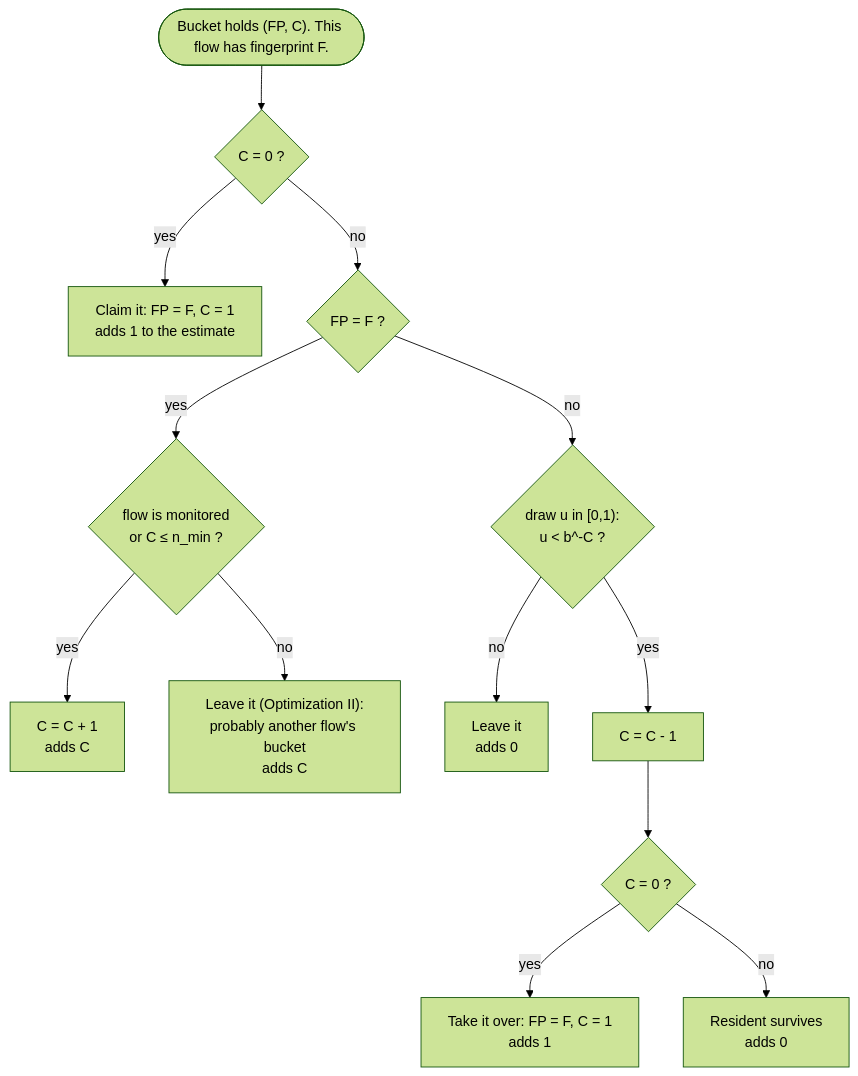
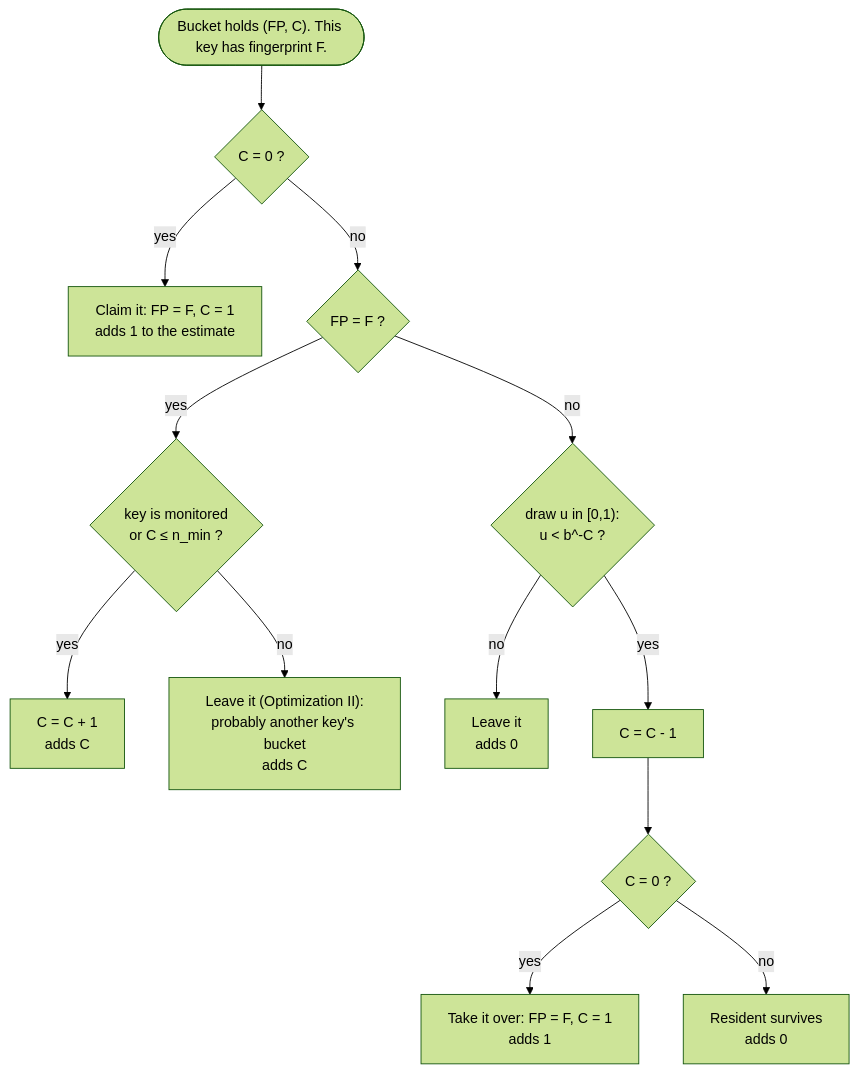
One commit to light-bringer/topk changed the fourth of 9 diagrams in docs/algorithm.md. Above: the diagram before and after it, drawn with Mermaid (forest theme). The commit also changed other lines of this file and 1 other file, not shown here.

First line of the commit message:
docs: draw every diagram in the guide in Mermaid

````diff
--- a/docs/algorithm.md
+++ b/docs/algorithm.md
@@ -88,15 +97,15 @@
 ```mermaid
 flowchart TD
-    A(["Bucket holds (FP, C). This flow has fingerprint F."]) --> B{"C = 0 ?"}
+    A(["Bucket holds (FP, C). This key has fingerprint F."]) --> B{"C = 0 ?"}
     B -- yes --> C1["Claim it: FP = F, C = 1<br/>adds 1 to the estimate"]
     B -- no --> D{"FP = F ?"}
-    D -- yes --> E{"flow is monitored<br/>or C ≤ n_min ?"}
+    D -- yes --> E{"key is monitored<br/>or C ≤ n_min ?"}
     E -- yes --> F1["C = C + 1<br/>adds C"]
-    E -- no --> G["Leave it (Optimization II):<br/>probably another flow's bucket<br/>adds C"]
+    E -- no --> G["Leave it (Optimization II):<br/>probably another key's bucket<br/>adds C"]
     D -- no --> H{"draw u in [0,1):<br/>u < b^-C ?"}
     H -- no --> I["Leave it<br/>adds 0"]
     H -- yes --> J["C = C - 1"]
     J --> K{"C = 0 ?"}
     K -- yes --> L["Take it over: FP = F, C = 1<br/>adds 1"]
     K -- no --> M["Resident survives<br/>adds 0"]
 ```
````
